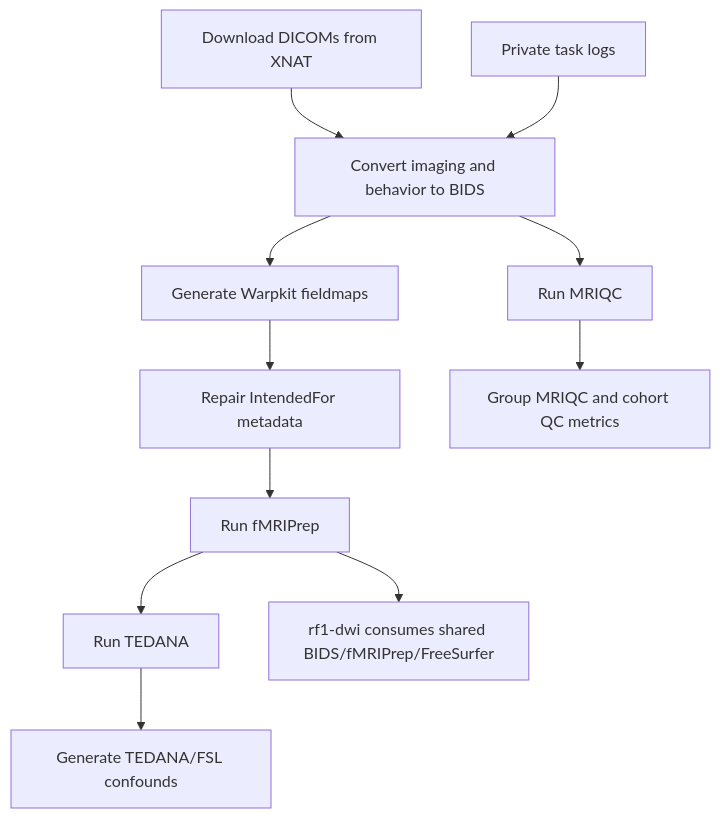
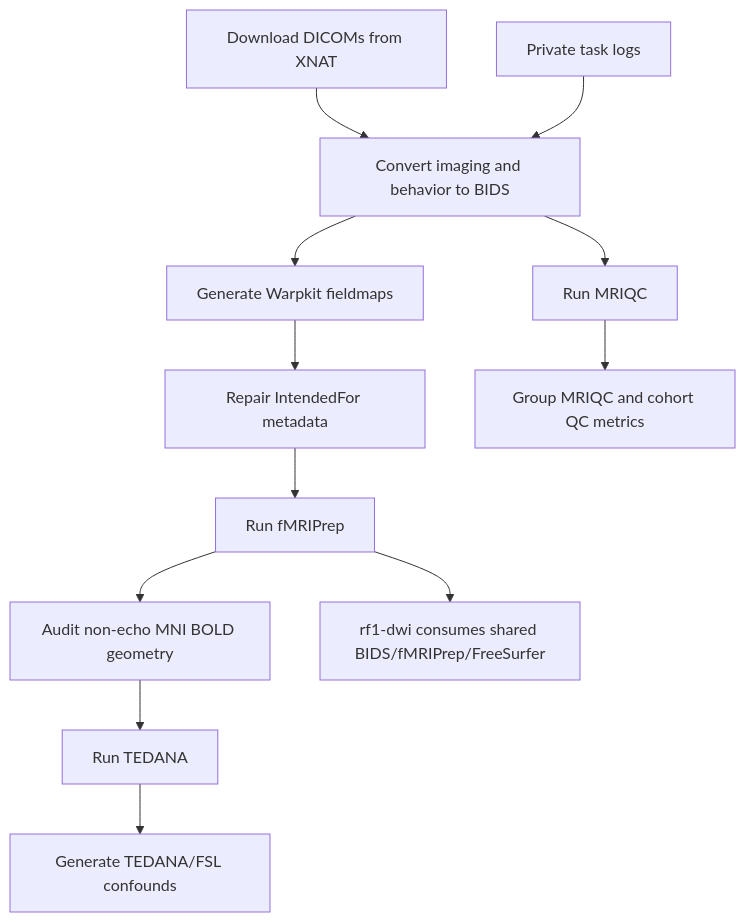
One commit to DVS-Lab/rf1-sra-linux2 changed the diagram in README.md. Above: the diagram before and after it, drawn with Mermaid. The commit also changed other lines of this file and 3 other files, not shown here.

````diff
--- a/README.md
+++ b/README.md
@@ -87,13 +88,14 @@
 ```mermaid
 flowchart TD
   A["Download DICOMs from XNAT"] --> B["Convert imaging and behavior to BIDS"]
   K["Private task logs"] --> B
   B --> C["Generate Warpkit fieldmaps"]
   C --> D["Repair IntendedFor metadata"]
   D --> E["Run fMRIPrep"]
-  E --> F["Run TEDANA"]
+  E --> L["Audit non-echo MNI BOLD geometry"]
+  L --> F["Run TEDANA"]
   F --> G["Generate TEDANA/FSL confounds"]
   B --> H["Run MRIQC"]
   H --> I["Group MRIQC and cohort QC metrics"]
   E --> J["rf1-dwi consumes shared BIDS/fMRIPrep/FreeSurfer"]
 ```
````
